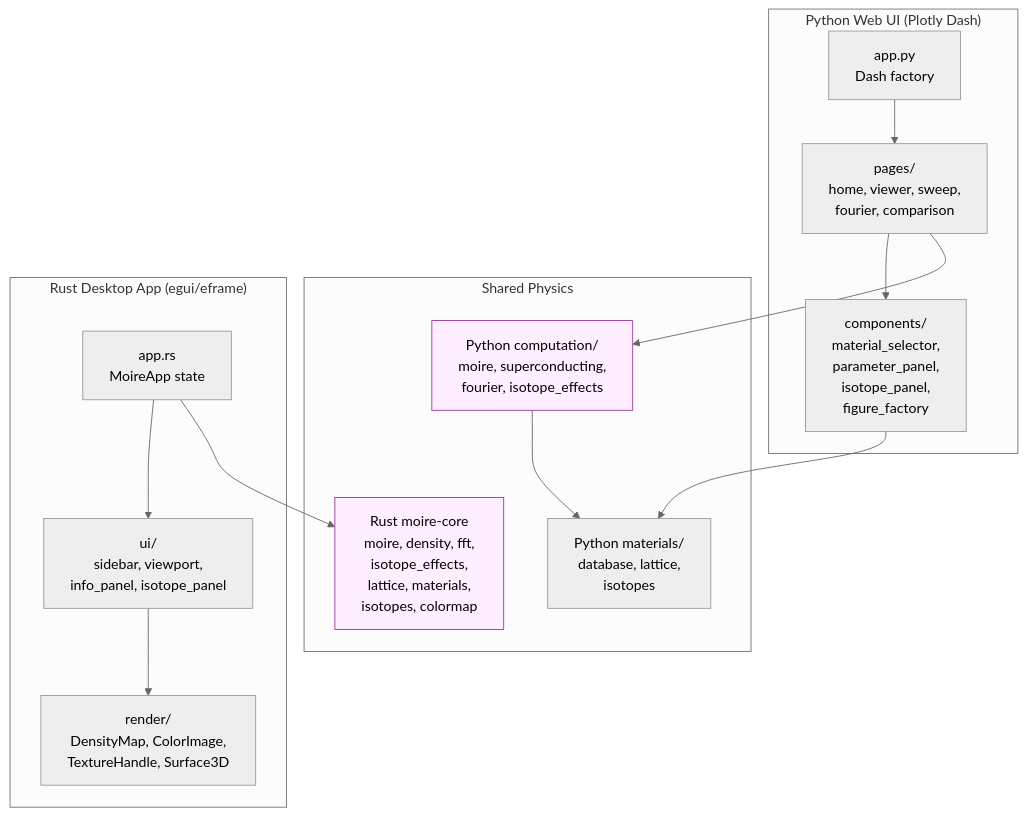
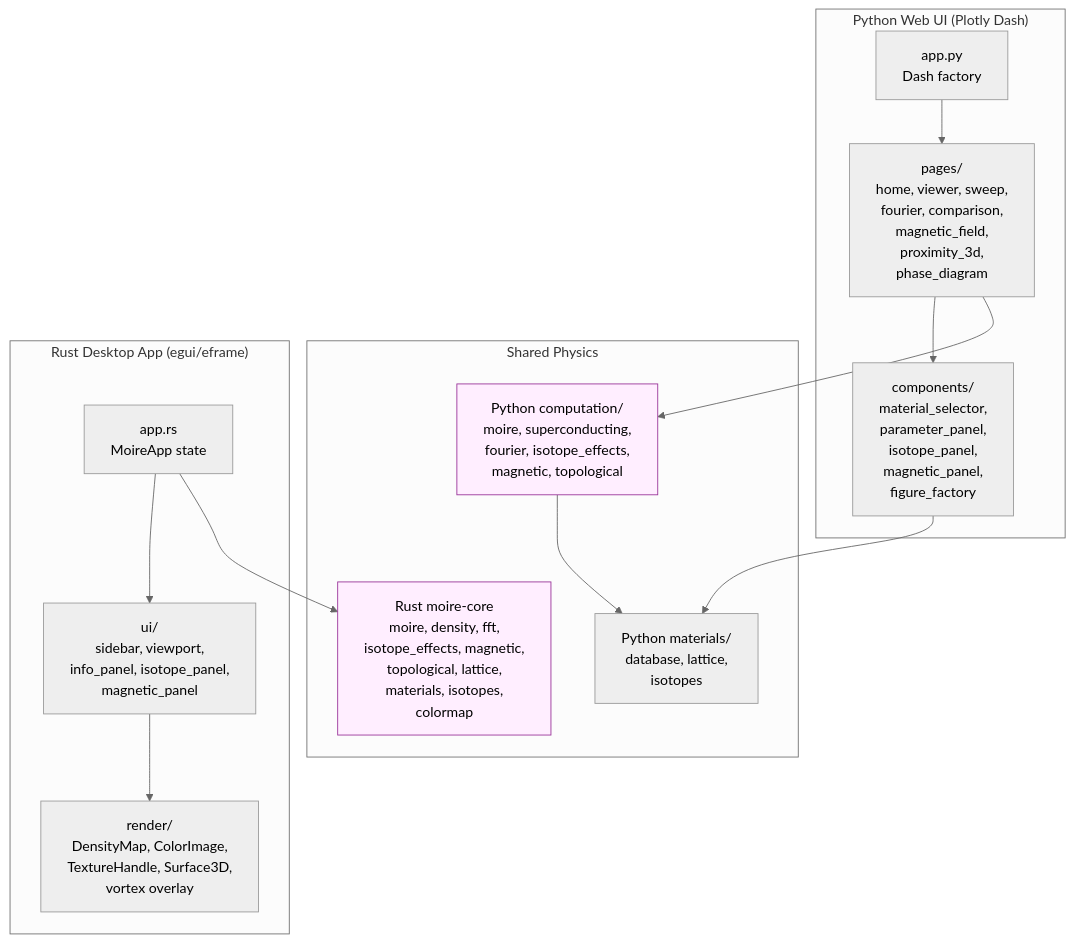
Diagram 12 of 12 in README.md (sonoransun/waytogocoop), drawn with Mermaid (neutral theme) before and after one commit. The commit also changed other lines of this file, not shown here.

````diff
--- a/README.md
+++ b/README.md
@@ -419,34 +792,34 @@
 ```mermaid
 graph TB
     subgraph "Python Web UI (Plotly Dash)"
         APP[app.py<br/>Dash factory]
-        PAGES[pages/<br/>home, viewer, sweep,<br/>fourier, comparison]
-        COMP[components/<br/>material_selector,<br/>parameter_panel,<br/>isotope_panel,<br/>figure_factory]
+        PAGES[pages/<br/>home, viewer, sweep,<br/>fourier, comparison,<br/>magnetic_field,<br/>proximity_3d,<br/>phase_diagram]
+        COMP[components/<br/>material_selector,<br/>parameter_panel,<br/>isotope_panel,<br/>magnetic_panel,<br/>figure_factory]
 
         APP --> PAGES
         PAGES --> COMP
     end
 
     subgraph "Shared Physics"
-        PYCOMP[Python computation/<br/>moire, superconducting,<br/>fourier, isotope_effects]
+        PYCOMP[Python computation/<br/>moire, superconducting,<br/>fourier, isotope_effects,<br/>magnetic, topological]
         PYMAT[Python materials/<br/>database, lattice,<br/>isotopes]
-        RSCORE[Rust moire-core<br/>moire, density, fft,<br/>isotope_effects,<br/>lattice, materials,<br/>isotopes, colormap]
+        RSCORE[Rust moire-core<br/>moire, density, fft,<br/>isotope_effects, magnetic,<br/>topological, lattice,<br/>materials, isotopes,<br/>colormap]
     end
 
     subgraph "Rust Desktop App (egui/eframe)"
         RSAPP[app.rs<br/>MoireApp state]
-        RSUI[ui/<br/>sidebar, viewport,<br/>info_panel, isotope_panel]
-        RSRENDER[render/<br/>DensityMap, ColorImage,<br/>TextureHandle, Surface3D]
+        RSUI[ui/<br/>sidebar, viewport,<br/>info_panel, isotope_panel,<br/>magnetic_panel]
+        RSRENDER[render/<br/>DensityMap, ColorImage,<br/>TextureHandle, Surface3D,<br/>vortex overlay]
 
         RSAPP --> RSUI
         RSUI --> RSRENDER
     end
 
     PAGES --> PYCOMP
     COMP --> PYMAT
     PYCOMP --> PYMAT
     RSAPP --> RSCORE
 
     style PYCOMP fill:#fef,stroke:#939
     style RSCORE fill:#fef,stroke:#939
 ```
````
